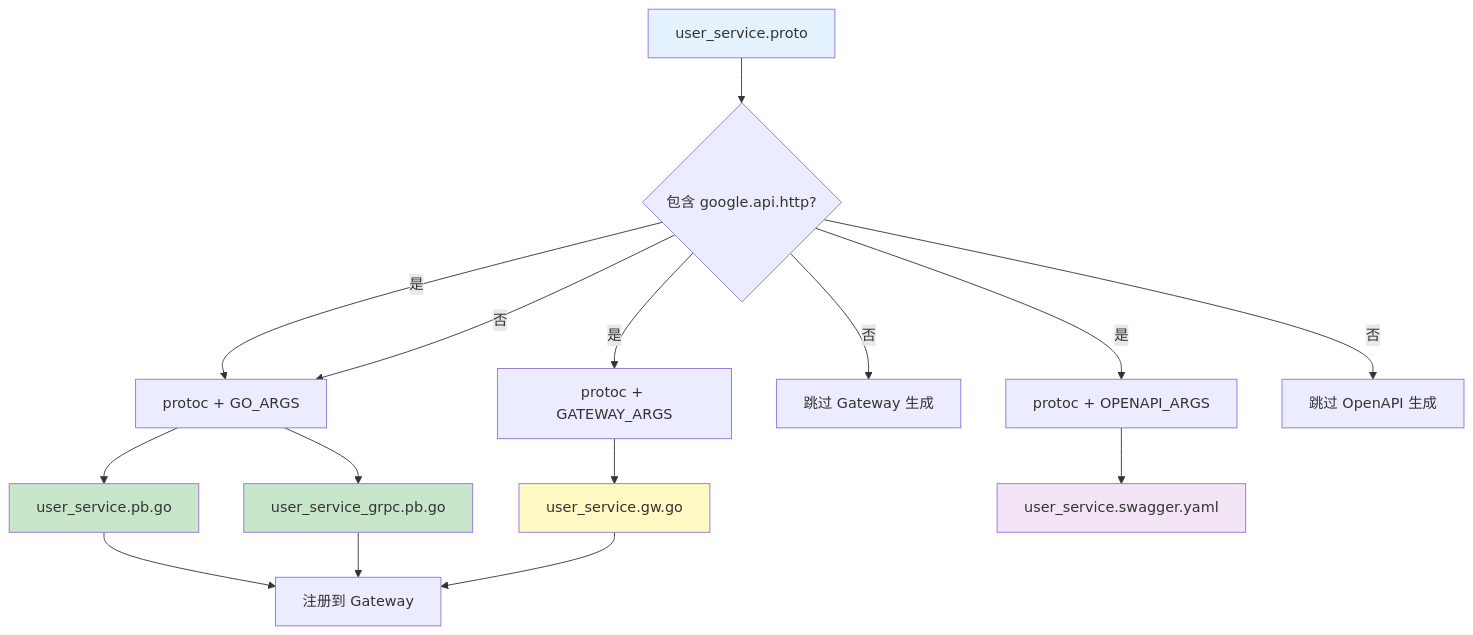
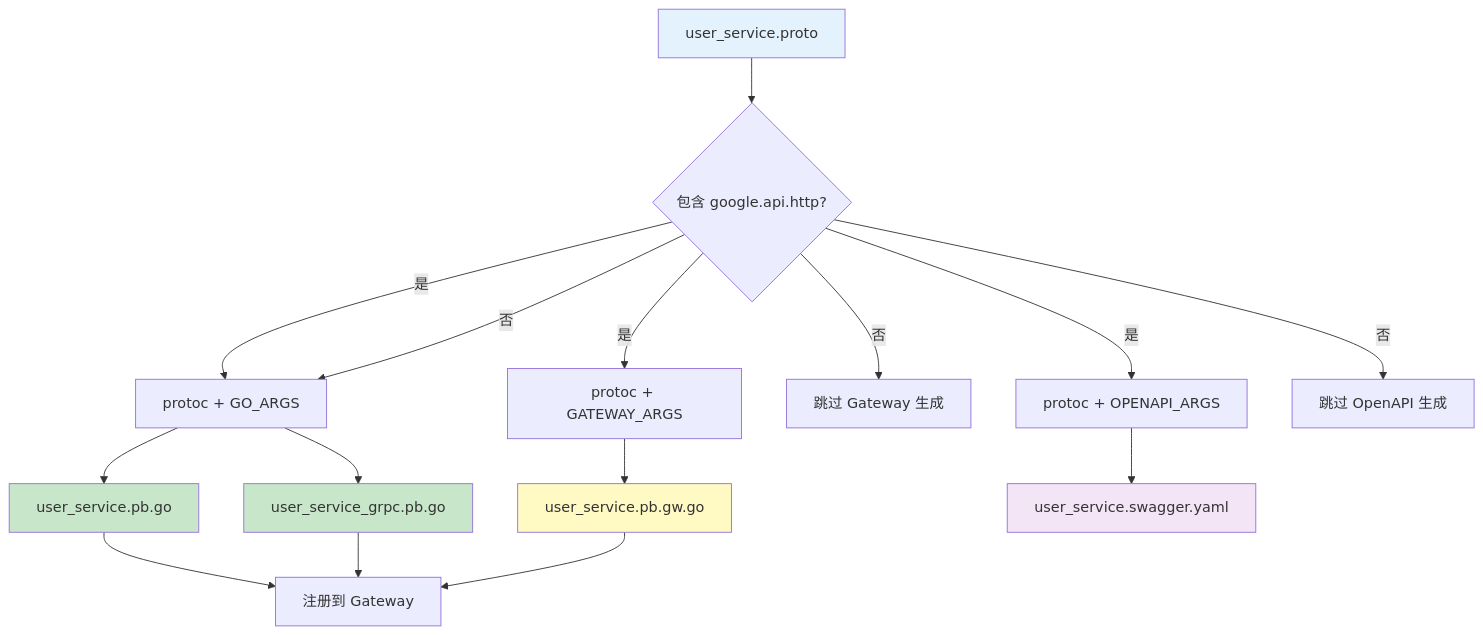
Before and after one commit to kamalyes/go-rpc-gateway: the second of 5 diagrams in docs/SERVICE-REGISTRATION.md, drawn with Mermaid. The commit also changed other lines of this file and 17 other files, not shown here.

````diff
--- a/docs/SERVICE-REGISTRATION.md
+++ b/docs/SERVICE-REGISTRATION.md
@@ -249,30 +251,30 @@
 ```mermaid
 flowchart TD
     PROTO["user_service.proto"] --> CHECK_HTTP{"包含 google.api.http?"}
 
     CHECK_HTTP -->|是| GEN_GO["protoc + GO_ARGS"]
     CHECK_HTTP -->|否| GEN_GO
 
     GEN_GO --> PB_GO["user_service.pb.go"]
     GEN_GO --> GRPC_PB_GO["user_service_grpc.pb.go"]
 
     CHECK_HTTP -->|是| GEN_GW["protoc + GATEWAY_ARGS"]
     CHECK_HTTP -->|否| SKIP_GW["跳过 Gateway 生成"]
 
-    GEN_GW --> GW_GO["user_service.gw.go"]
+    GEN_GW --> GW_GO["user_service.pb.gw.go"]
 
     CHECK_HTTP -->|是| GEN_OPENAPI["protoc + OPENAPI_ARGS"]
     CHECK_HTTP -->|否| SKIP_OPENAPI["跳过 OpenAPI 生成"]
 
     GEN_OPENAPI --> SWAGGER["user_service.swagger.yaml"]
 
     PB_GO --> REGISTER["注册到 Gateway"]
     GRPC_PB_GO --> REGISTER
     GW_GO --> REGISTER
 
     style PROTO fill:#e3f2fd
     style PB_GO fill:#c8e6c9
     style GRPC_PB_GO fill:#c8e6c9
     style GW_GO fill:#fff9c4
     style SWAGGER fill:#f3e5f5
 ```
````
